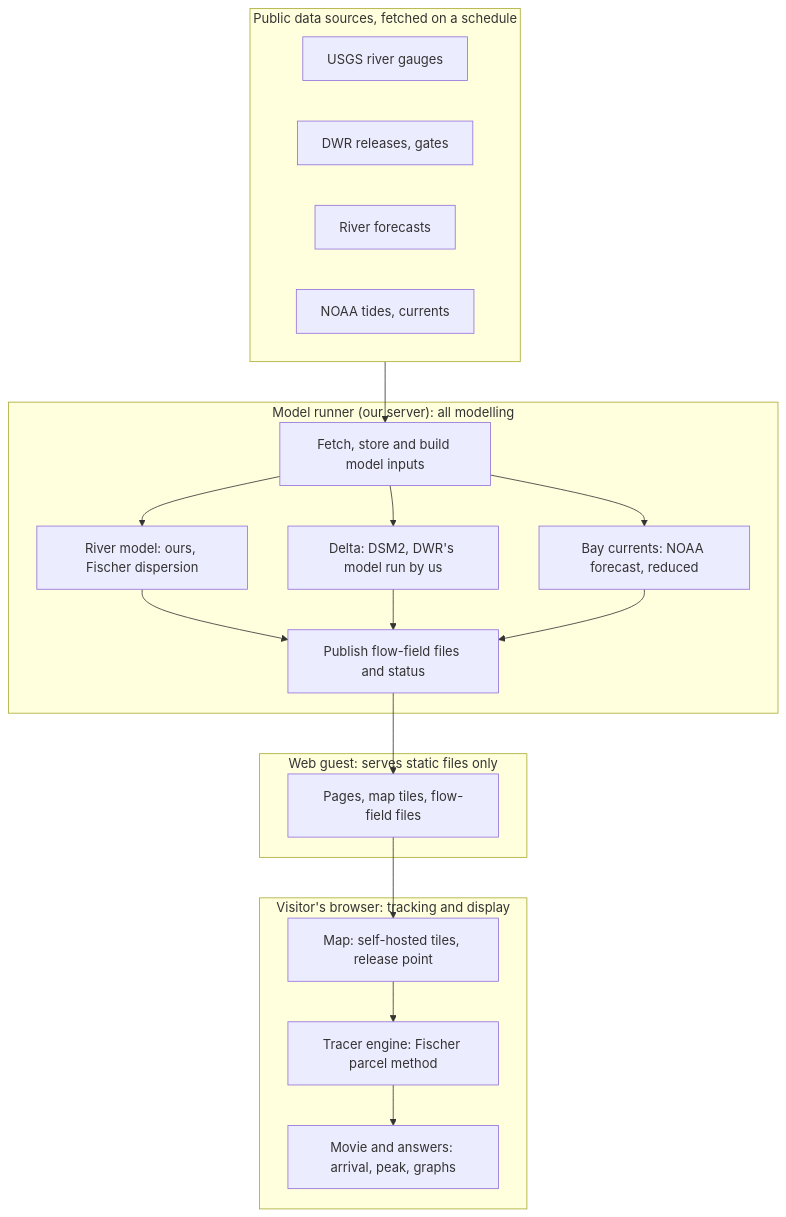
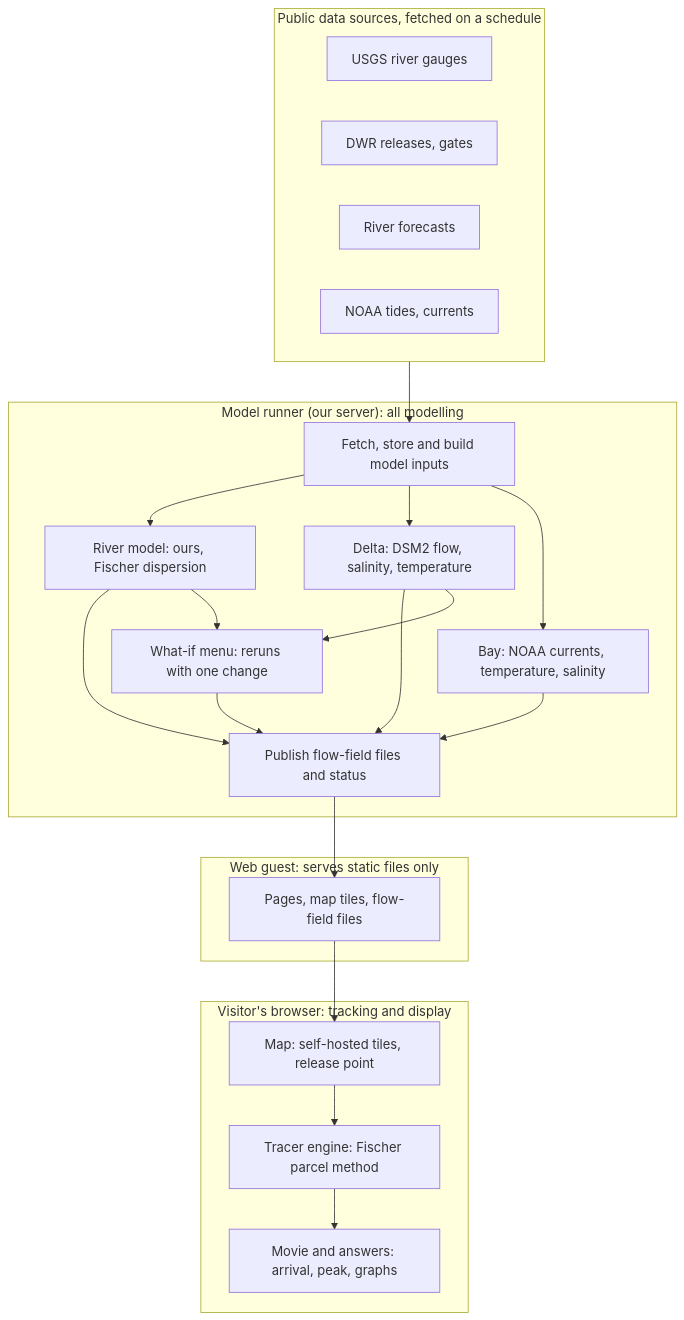
Before and after one commit to gavinfischer-keenan/FischerDeltaModelReturns: the diagram in docs/specification.md, drawn with Mermaid. The commit also changed other lines of this file, not shown here.

First line of the commit message:
Spec: map layers, temperature and salinity, outfalls, levee breaches, plug-ins

````diff
--- a/docs/specification.md
+++ b/docs/specification.md
@@ -140,31 +205,35 @@
 ```mermaid
 flowchart TB
   subgraph SRC["Public data sources, fetched on a schedule"]
     A1["USGS river gauges"]
     A2["DWR releases, gates"]
     A3["River forecasts"]
     A4["NOAA tides, currents"]
   end
   subgraph RUN["Model runner (our server): all modelling"]
     B1["Fetch, store and build model inputs"]
     B2["River model: ours, Fischer dispersion"]
-    B3["Delta: DSM2, DWR's model run by us"]
-    B4["Bay currents: NOAA forecast, reduced"]
+    B3["Delta: DSM2 flow, salinity, temperature"]
+    B4["Bay: NOAA currents, temperature, salinity"]
+    B6["What-if menu: reruns with one change"]
     B5["Publish flow-field files and status"]
     B1 --> B2 --> B5
     B1 --> B3 --> B5
     B1 --> B4 --> B5
+    B2 --> B6
+    B3 --> B6
+    B6 --> B5
   end
   subgraph WEB["Web guest: serves static files only"]
     C1["Pages, map tiles, flow-field files"]
   end
   subgraph BRW["Visitor's browser: tracking and display"]
     D1["Map: self-hosted tiles, release point"]
     D2["Tracer engine: Fischer parcel method"]
     D3["Movie and answers: arrival, peak, graphs"]
     D1 --> D2 --> D3
   end
   SRC --> B1
   B5 --> C1
   C1 --> D1
 ```
````
